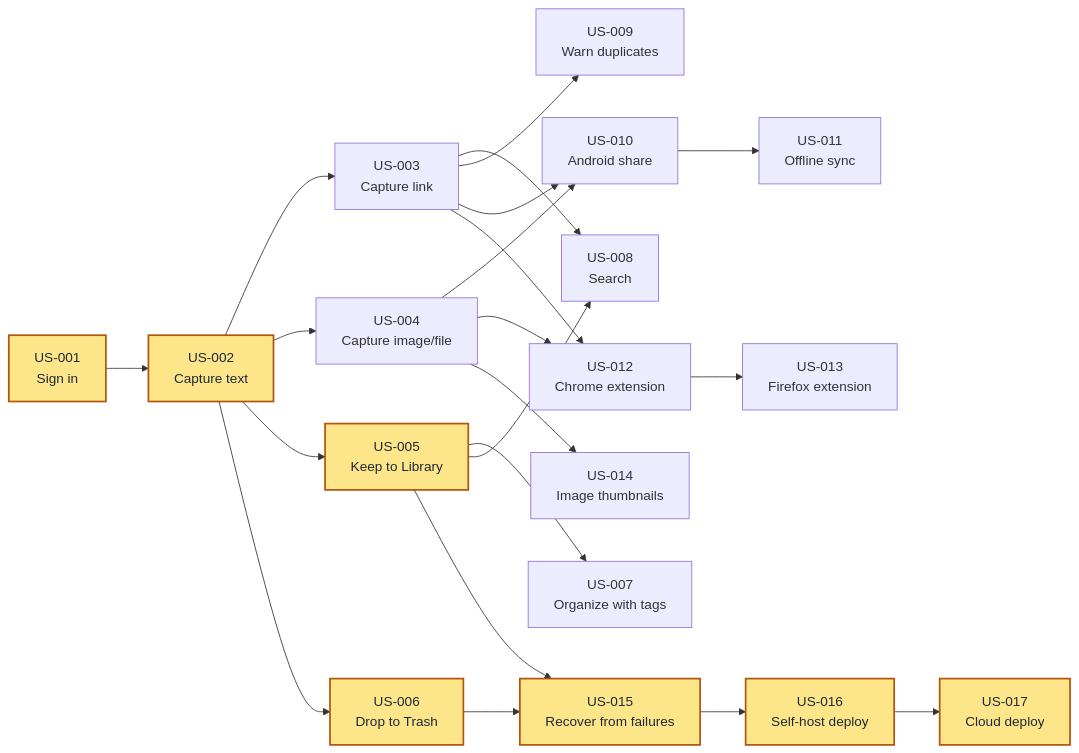
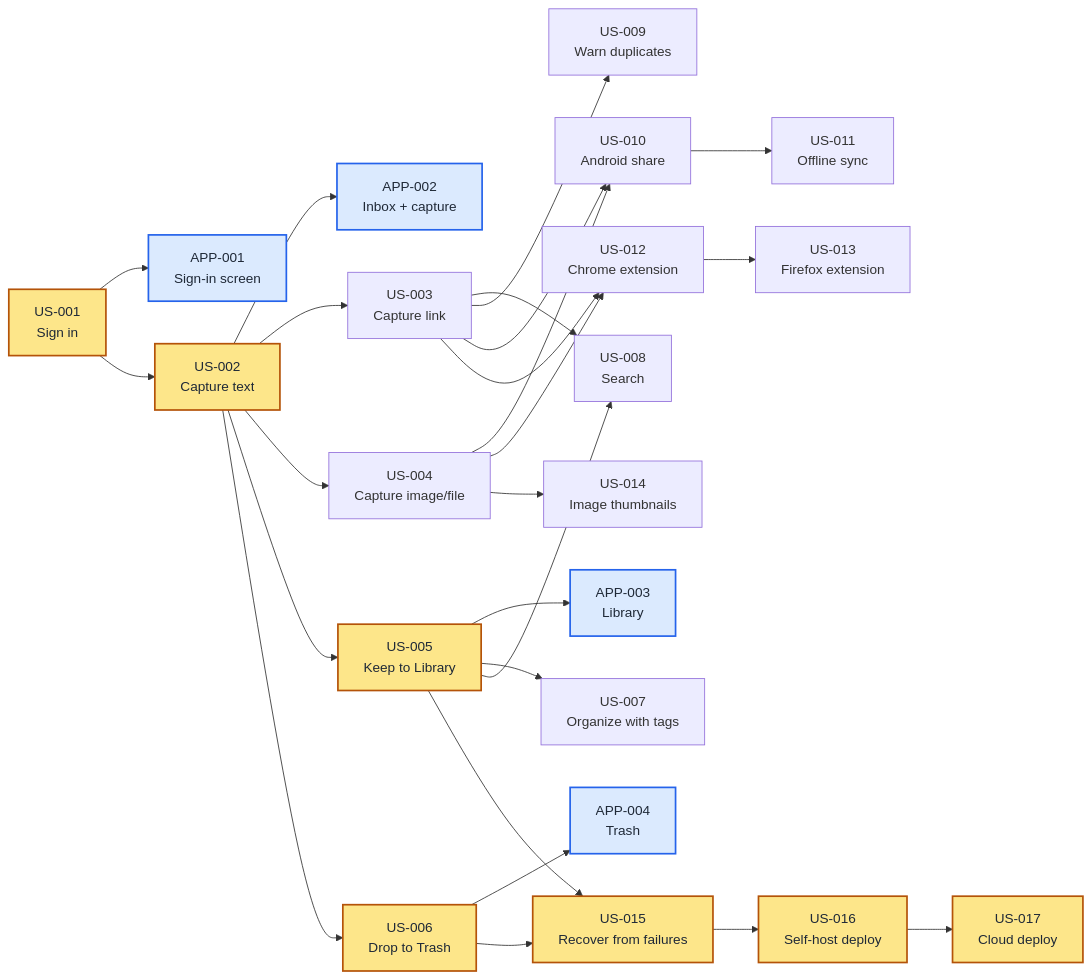
The diagram in user-stories/stash.md (hpcsc/stash), drawn with Mermaid before and after one commit. The commit also changed other lines of this file and 1 other file, not shown here.

First line of the commit message:
Merge the M2 app stories into the story list

````diff
--- a/user-stories/stash.md
+++ b/user-stories/stash.md
@@ -21,44 +21,54 @@
 ```mermaid
 flowchart LR
     A["US-001<br/>Sign in"]
+    A1["APP-001<br/>Sign-in screen"]
     B["US-002<br/>Capture text"]
+    B1["APP-002<br/>Inbox + capture"]
     C["US-003<br/>Capture link"]
     D["US-004<br/>Capture image/file"]
     E["US-005<br/>Keep to Library"]
+    E1["APP-003<br/>Library"]
     F["US-006<br/>Drop to Trash"]
+    F1["APP-004<br/>Trash"]
     G["US-007<br/>Organize with tags"]
     H["US-008<br/>Search"]
     I["US-009<br/>Warn duplicates"]
     J["US-010<br/>Android share"]
     K["US-011<br/>Offline sync"]
     L["US-012<br/>Chrome extension"]
     M["US-013<br/>Firefox extension"]
     N["US-014<br/>Image thumbnails"]
     O["US-015<br/>Recover from failures"]
     P["US-016<br/>Self-host deploy"]
     Q["US-017<br/>Cloud deploy"]
 
+    A --> A1
     A --> B
+    B --> B1
     B --> C
     B --> D
     B --> E
     B --> F
     C --> H
     C --> I
     C --> J
     C --> L
     D --> J
     D --> L
     D --> N
+    E --> E1
     E --> G
     E --> H
     E --> O
+    F --> F1
     F --> O
     J --> K
     L --> M
     O --> P
     P --> Q
 
     classDef critical fill:#fde68a,stroke:#b45309,stroke-width:2px,color:#1f2937
+    classDef app fill:#dbeafe,stroke:#2563eb,stroke-width:2px,color:#1f2937
     class A,B,E,F,O,P,Q critical
+    class A1,B1,E1,F1 app
 ```
````
